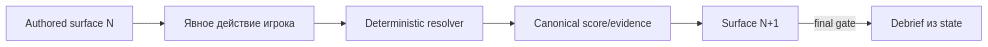
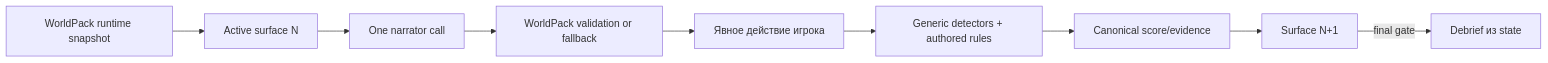
The first of 2 diagrams in docs/wiki/07-training-autotests-datasets.md (abykovwww-byte/ubuntu_ansible_palybooks), drawn with Mermaid before and after one commit. The commit also changed other lines of this file and 30 other files, not shown here.

````diff
--- a/docs/wiki/07-training-autotests-datasets.md
+++ b/docs/wiki/07-training-autotests-datasets.md
@@ -18,8 +23,11 @@
 ```mermaid
 flowchart LR
-    Surface["Authored surface N"] --> Action["Явное действие игрока"]
-    Action --> Rules["Deterministic resolver"]
+    Pack["WorldPack runtime snapshot"] --> Surface["Active surface N"]
+    Surface --> LLM["One narrator call"]
+    LLM --> Valid["WorldPack validation or fallback"]
+    Valid --> Action["Явное действие игрока"]
+    Action --> Rules["Generic detectors + authored rules"]
     Rules --> Score["Canonical score/evidence"]
     Score --> Next["Surface N+1"]
     Next -->|"final gate"| Debrief["Debrief из state"]
 ```
````
